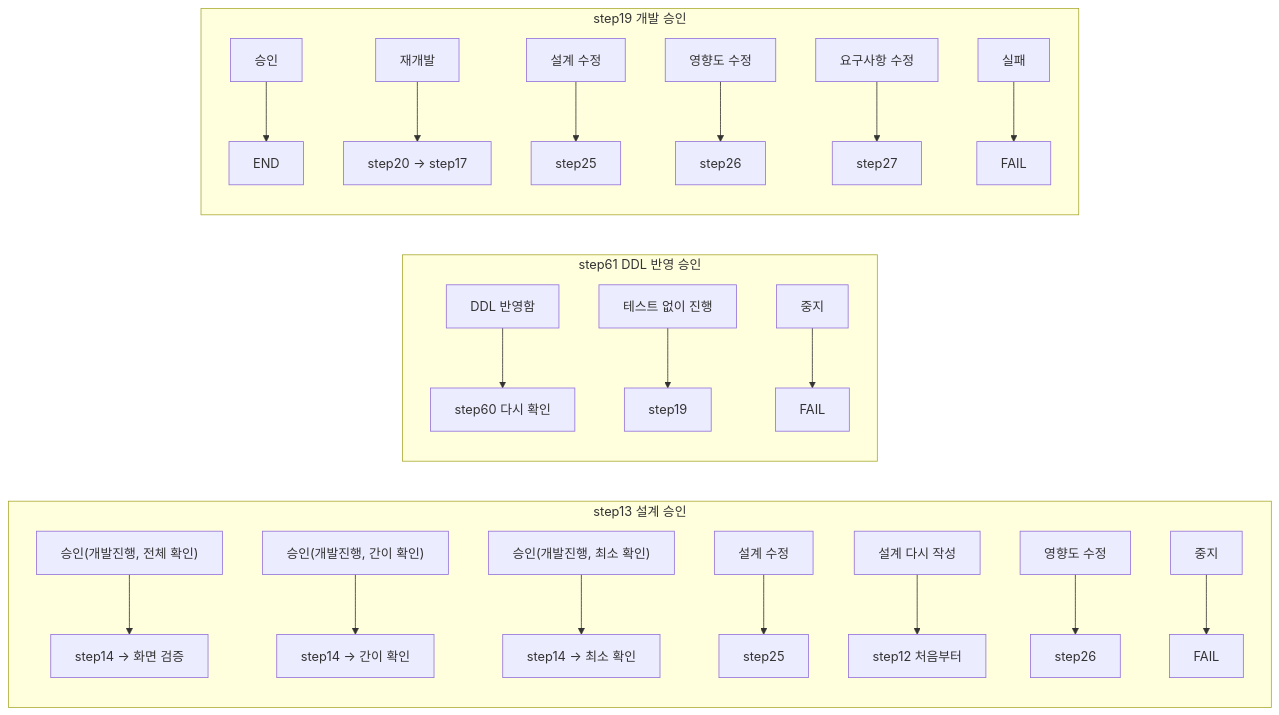
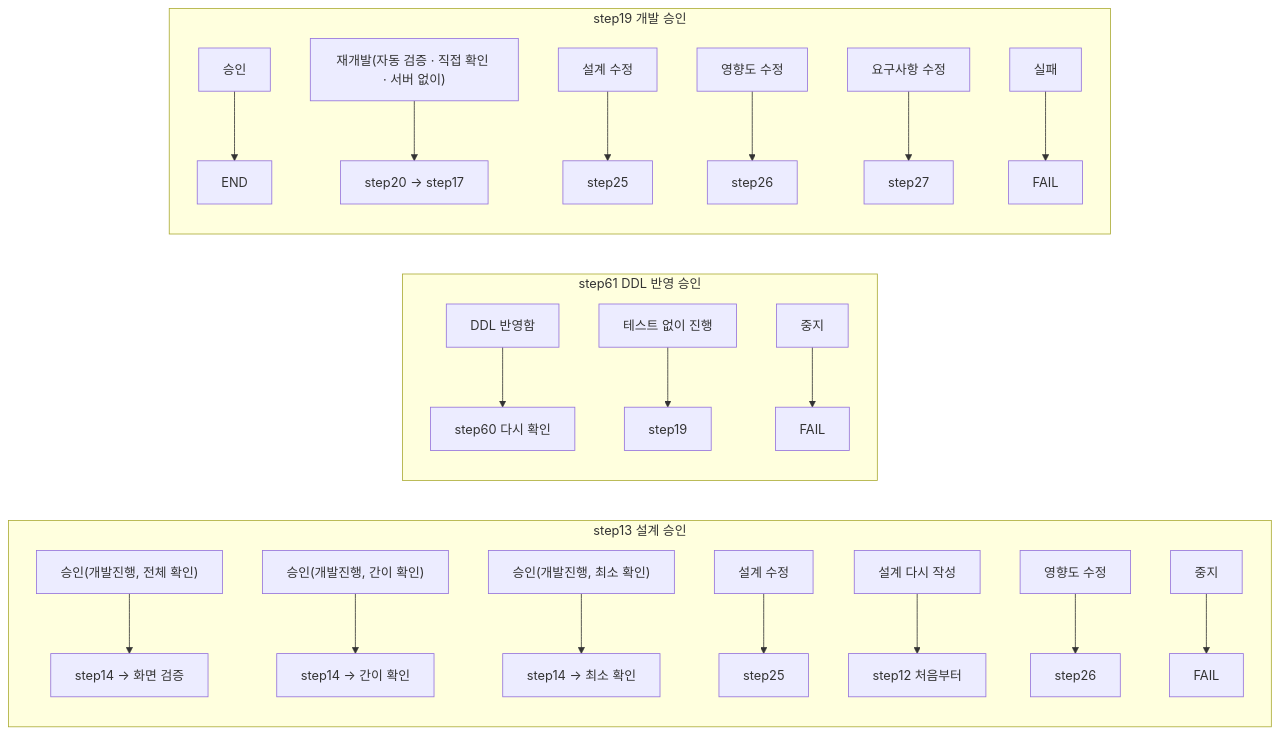
Diagram 19 of 24 in docs/09.dstone-ai-engine-sm-workflow.md (YongSoekChoeng/dstone), drawn with Mermaid before and after one commit. The commit also changed other lines of this file and 13 other files, not shown here.

````diff
--- a/docs/09.dstone-ai-engine-sm-workflow.md
+++ b/docs/09.dstone-ai-engine-sm-workflow.md
@@ -1397,25 +1407,25 @@
 ```mermaid
 flowchart LR
     subgraph S13["step13 설계 승인"]
         c1["승인(개발진행, 전체 확인)"] --> v1["step14 → 화면 검증"]
         c2["승인(개발진행, 간이 확인)"] --> v2["step14 → 간이 확인"]
         c3["승인(개발진행, 최소 확인)"] --> v3["step14 → 최소 확인"]
         c4[설계 수정] --> v4[step25]
         c5[설계 다시 작성] --> v5[step12 처음부터]
         c6[영향도 수정] --> v6[step26]
         c7[중지] --> v7[FAIL]
     end
     subgraph S61["step61 DDL 반영 승인"]
         e1[DDL 반영함] --> x1[step60 다시 확인]
         e2[테스트 없이 진행] --> x2[step19]
         e3[중지] --> x3[FAIL]
     end
     subgraph S19["step19 개발 승인"]
         d1[승인] --> w1[END]
-        d2[재개발] --> w2[step20 → step17]
+        d2["재개발(자동 검증 · 직접 확인 · 서버 없이)"] --> w2[step20 → step17]
         d4[설계 수정] --> w4[step25]
         d5[영향도 수정] --> w5[step26]
         d6[요구사항 수정] --> w6[step27]
         d7[실패] --> w7[FAIL]
     end
 ```
````
